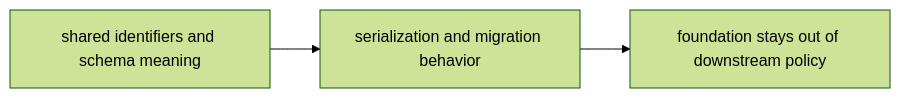
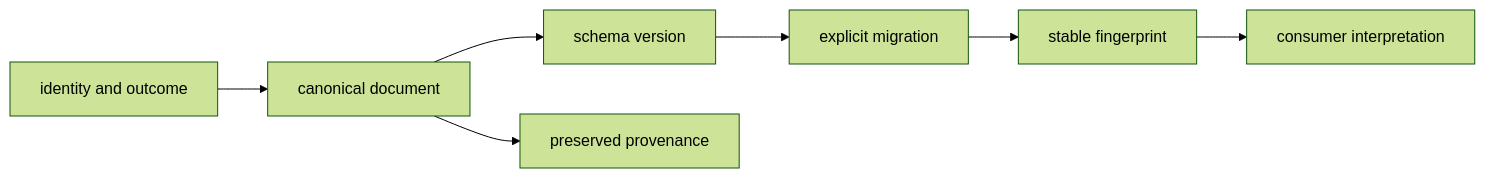
One commit to bijux/bijux-proteomics changed the diagram in docs/03-bijux-proteomics-foundation/quality/invariants.md. Above: the diagram before and after it, drawn with Mermaid (forest theme). The commit also changed other lines of this file and 2 other files, not shown here.

Commit message:
docs(foundation): trace shared contract validation

````diff
--- a/docs/03-bijux-proteomics-foundation/quality/invariants.md
+++ b/docs/03-bijux-proteomics-foundation/quality/invariants.md
@@ -16,8 +29,9 @@
 ```mermaid
 flowchart LR
-    meaning["shared identifiers and schema meaning"]
-    migration["serialization and migration behavior"]
-    boundary["foundation stays out of downstream policy"]
-
-    meaning --> migration --> boundary
+    I["identity and outcome"] --> J["canonical document"]
+    J --> V["schema version"]
+    V --> M["explicit migration"]
+    M --> F["stable fingerprint"]
+    J --> P["preserved provenance"]
+    F --> C["consumer interpretation"]
 ```
````
